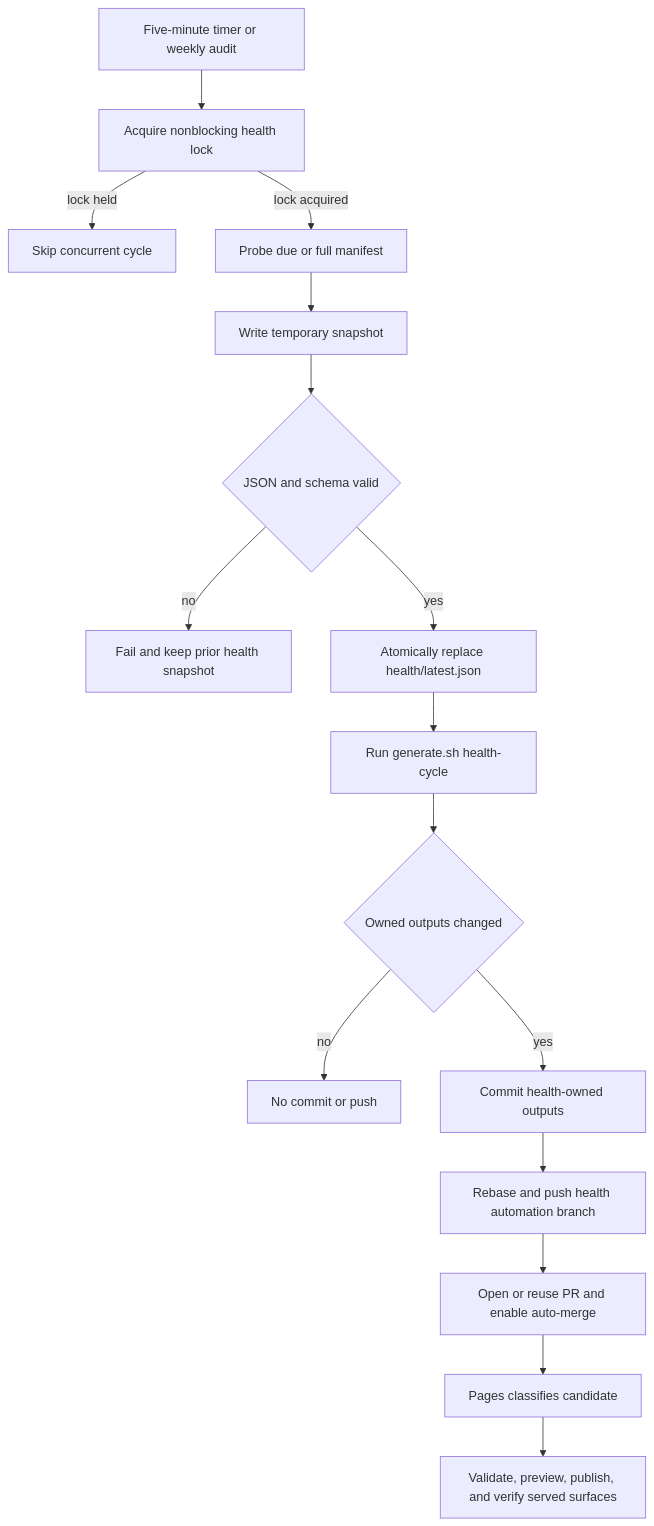
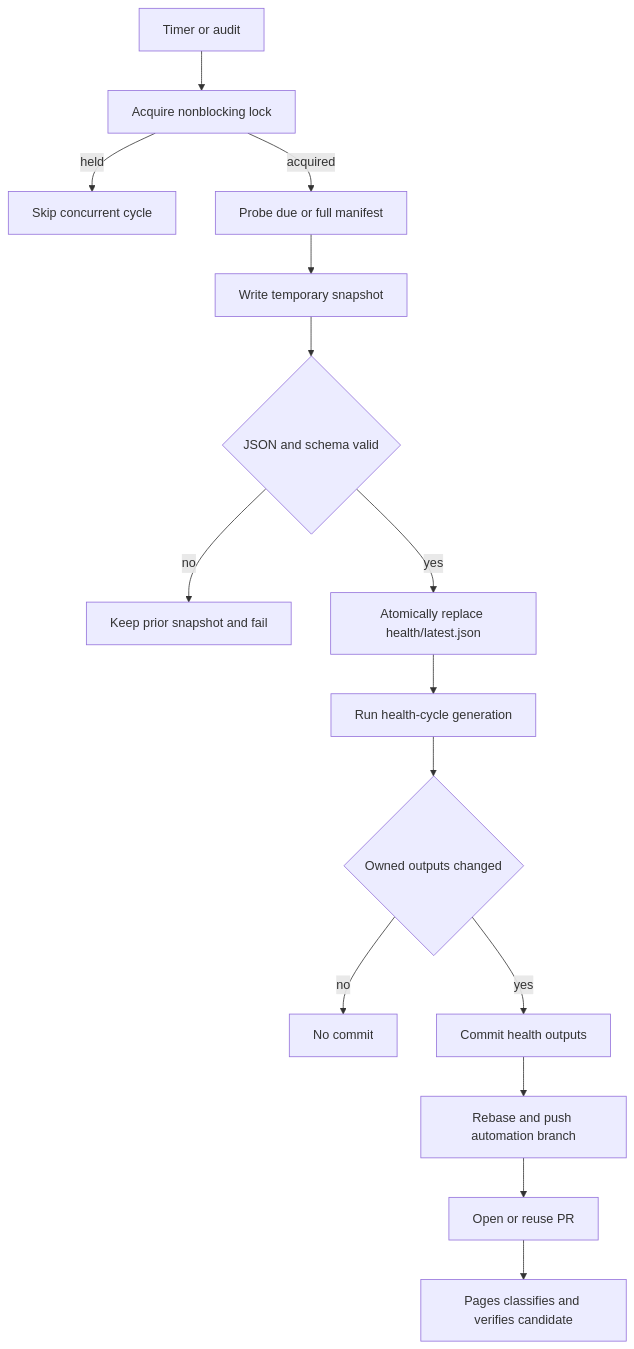
Before and after one commit to r3dz4r/datapulse-my: the second of 3 diagrams in openwiki/operations.md, drawn with Mermaid. The commit also changed other lines of this file and 4 other files, not shown here.

````diff
--- a/openwiki/operations.md
+++ b/openwiki/operations.md
@@ -94,18 +153,17 @@
 ```mermaid
 flowchart TD
-    A[Five-minute timer or weekly audit] --> B[Acquire nonblocking health lock]
-    B -->|lock held| C[Skip concurrent cycle]
-    B -->|lock acquired| D[Probe due or full manifest]
+    A[Timer or audit] --> B[Acquire nonblocking lock]
+    B -->|held| C[Skip concurrent cycle]
+    B -->|acquired| D[Probe due or full manifest]
     D --> E[Write temporary snapshot]
     E --> F{JSON and schema valid}
-    F -->|no| G[Fail and keep prior health snapshot]
+    F -->|no| G[Keep prior snapshot and fail]
     F -->|yes| H[Atomically replace health/latest.json]
-    H --> I[Run generate.sh health-cycle]
+    H --> I[Run health-cycle generation]
     I --> J{Owned outputs changed}
-    J -->|no| K[No commit or push]
-    J -->|yes| L[Commit health-owned outputs]
-    L --> M[Rebase and push health automation branch]
-    M --> N[Open or reuse PR and enable auto-merge]
-    N --> O[Pages classifies candidate]
-    O --> P[Validate, preview, publish, and verify served surfaces]
+    J -->|no| K[No commit]
+    J -->|yes| L[Commit health outputs]
+    L --> M[Rebase and push automation branch]
+    M --> N[Open or reuse PR]
+    N --> O[Pages classifies and verifies candidate]
 ```
````
